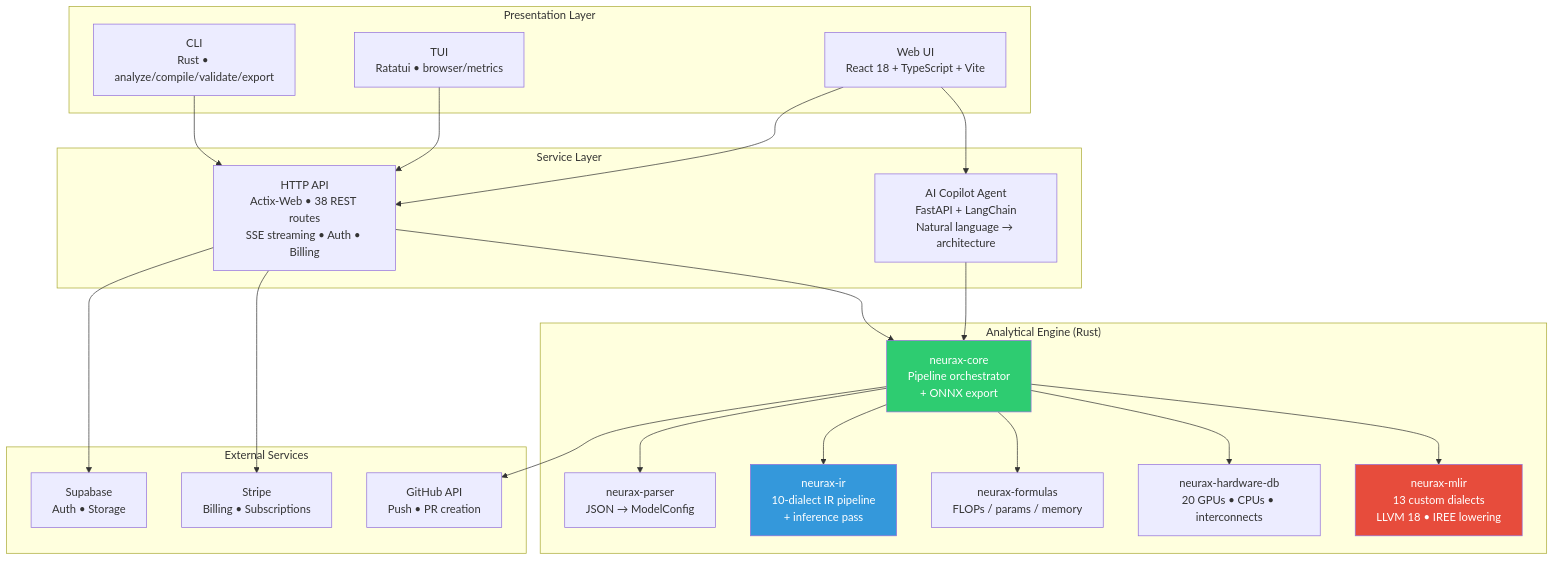
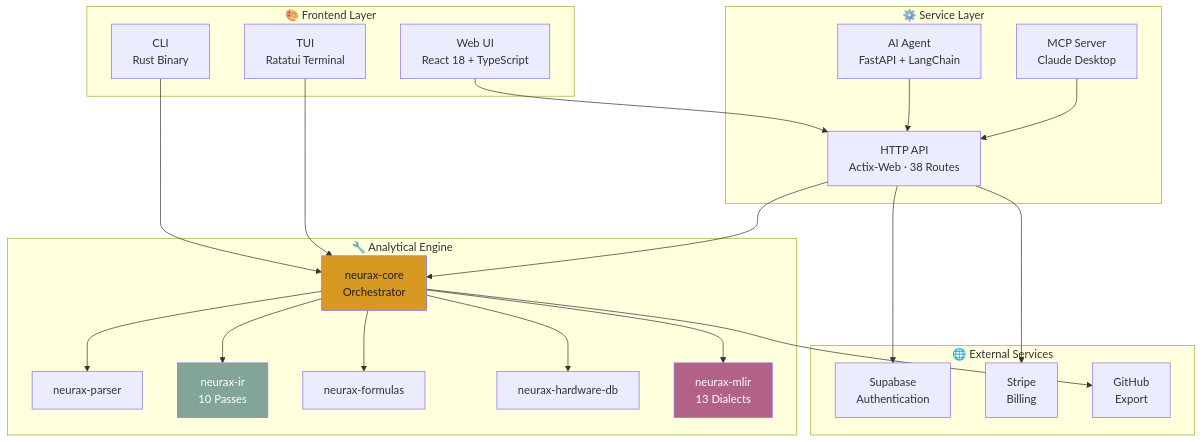
One commit to NEURAX-canvas/NEURAX changed the third of 4 diagrams in README.md. Above: the diagram before and after it, drawn with Mermaid. The commit also changed other lines of this file and 4 other files, not shown here.

````diff
--- a/README.md
+++ b/README.md
@@ -89,50 +147,50 @@
 ```mermaid
 graph TB
-    subgraph "Presentation Layer"
-        CLI["CLI<br/>Rust • analyze/compile/validate/export"]
-        TUI["TUI<br/>Ratatui • browser/metrics"]
-        WEB_UI["Web UI<br/>React 18 + TypeScript + Vite"]
+    subgraph Frontend["🎨 Frontend Layer"]
+        UI[Web UI<br/>React 18 + TypeScript]
+        CLI[CLI<br/>Rust Binary]
+        TUI[TUI<br/>Ratatui Terminal]
     end
     
-    subgraph "Service Layer"
-        HTTP_API["HTTP API<br/>Actix-Web • 38 REST routes<br/>SSE streaming • Auth • Billing"]
-        AI_AGENT["AI Copilot Agent<br/>FastAPI + LangChain<br/>Natural language → architecture"]
+    subgraph Services["⚙️ Service Layer"]
+        API[HTTP API<br/>Actix-Web · 38 Routes]
+        Agent[AI Agent<br/>FastAPI + LangChain]
+        MCP[MCP Server<br/>Claude Desktop]
     end
     
-    subgraph "Analytical Engine (Rust)"
-        PARSER["neurax-parser<br/>JSON → ModelConfig"]
-        IR["neurax-ir<br/>10-dialect IR pipeline<br/>+ inference pass"]
-        CORE["neurax-core<br/>Pipeline orchestrator<br/>+ ONNX export"]
-        FORMULAS["neurax-formulas<br/>FLOPs / params / memory"]
-        HWDB["neurax-hardware-db<br/>20 GPUs • CPUs • interconnects"]
-        MLIR["neurax-mlir<br/>13 custom dialects<br/>LLVM 18 • IREE lowering"]
+    subgraph Engine["🔧 Analytical Engine"]
+        Parser[neurax-parser]
+        IR[neurax-ir<br/>10 Passes]
+        Core[neurax-core<br/>Orchestrator]
+        Formulas[neurax-formulas]
+        HW[neurax-hardware-db]
+        MLIR[neurax-mlir<br/>13 Dialects]
     end
     
-    subgraph "External Services"
-        SUPABASE["Supabase<br/>Auth • Storage"]
-        STRIPE["Stripe<br/>Billing • Subscriptions"]
-        GITHUB["GitHub API<br/>Push • PR creation"]
+    subgraph External["🌐 External Services"]
+        Auth[Supabase<br/>Authentication]
+        Payment[Stripe<br/>Billing]
+        Git[GitHub<br/>Export]
     end
-
-    CLI --> HTTP_API
-    TUI --> HTTP_API
-    WEB_UI --> HTTP_API
-    WEB_UI --> AI_AGENT
     
-    HTTP_API --> CORE
-    AI_AGENT --> CORE
+    UI --> API
+    CLI --> Core
+    TUI --> Core
+    Agent --> API
+    MCP --> API
     
-    CORE --> PARSER
-    CORE --> IR
-    CORE --> FORMULAS
-    CORE --> HWDB
-    CORE --> MLIR
-    CORE --> GITHUB
+    API --> Core
+    Core --> Parser
+    Core --> IR
+    Core --> Formulas
+    Core --> HW
+    Core --> MLIR
     
-    HTTP_API --> SUPABASE
-    HTTP_API --> STRIPE
+    API --> Auth
+    API --> Payment
+    Core --> Git
     
-    style CORE fill:#2ecc71,color:#fff
-    style IR fill:#3498db,color:#fff
-    style MLIR fill:#e74c3c,color:#fff
+    style Core fill:#d79921,color:#1d2021
+    style IR fill:#83a598,color:#fff
+    style MLIR fill:#b16286,color:#fff
 ```
````
